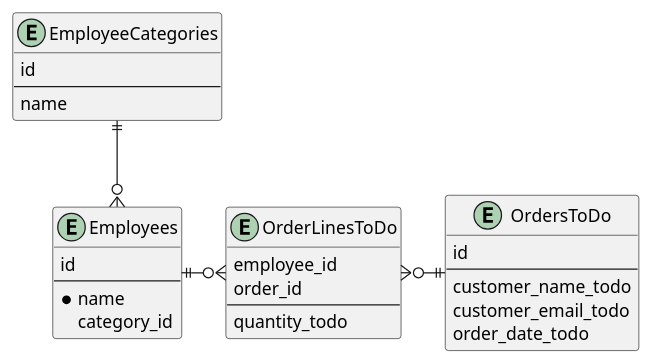
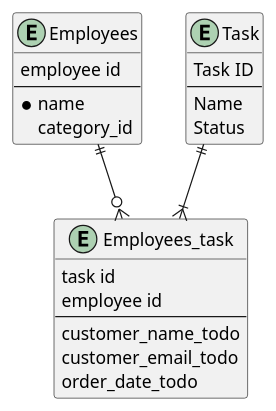
Before and after one commit to eliseeaster/eksamen_amina_elise: the diagram in docs/database_structure.puml, drawn with PlantUML. The commit also changed 3 other files, not shown here.

```diff
--- a/docs/database_structure.puml
+++ b/docs/database_structure.puml
@@ -1,34 +1,30 @@
 @startuml
 
 entity Employees {
-    id
+    employee id
     --
     * name
     category_id
 }
 
-entity EmployeeCategories {
-    id
-    --
-    name
-}
-
-entity OrdersToDo {
-    id
+entity Employees_task {
+    task id
+    employee id
     --
     customer_name_todo
     customer_email_todo
     order_date_todo
 }
 
-entity OrderLinesToDo {
-    employee_id
-    order_id
+entity Task {
+    Task ID
     --
-    quantity_todo
+    Name
+    Status
  }
 
-EmployeeCategories ||--o{ Employees
-Employees ||-o{ OrderLinesToDo
-OrderLinesToDo }o-|| OrdersToDo
+Employees ||--o{ Employees_task
+Task ||--|{ Employees_task
+
+
 @enduml
```
